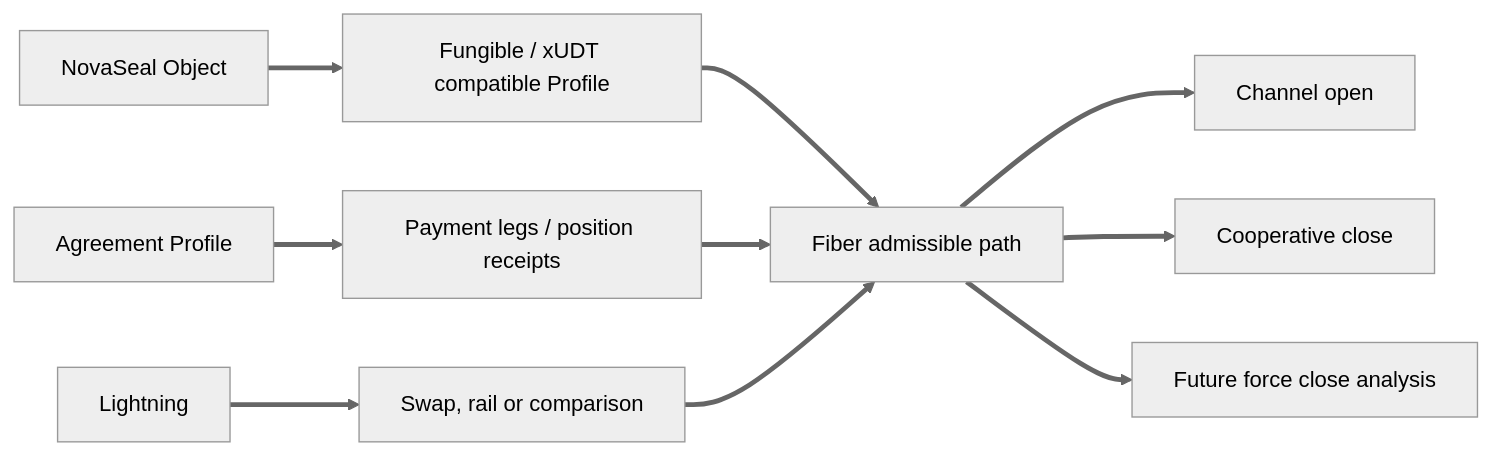
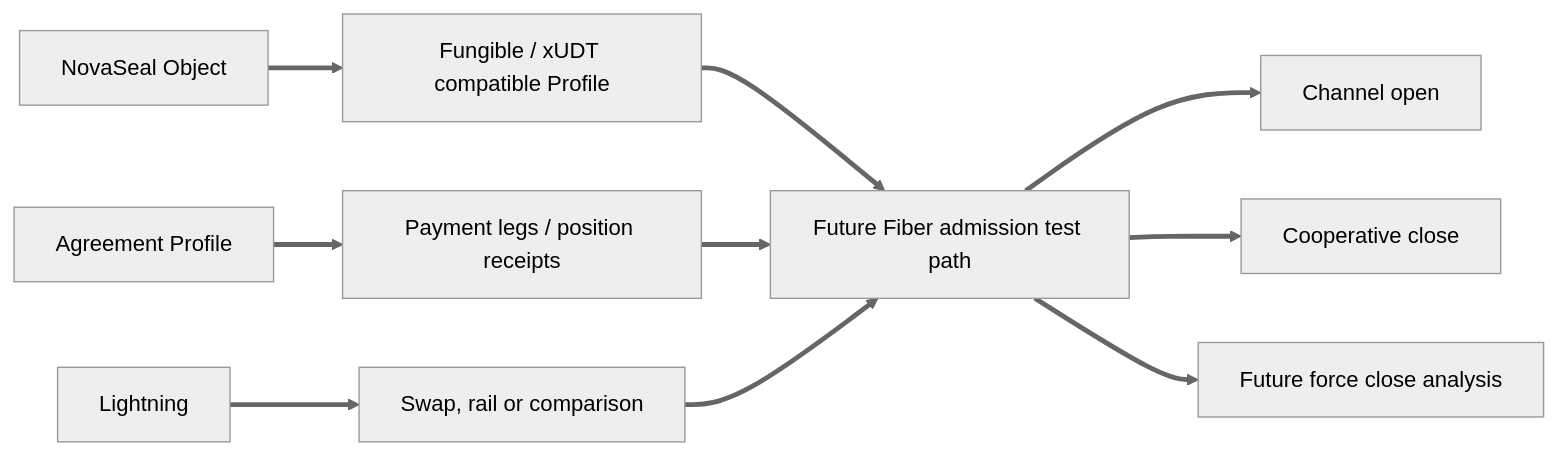
One commit to CellScript-Labs/CellScript changed the fourth of 4 diagrams in proposals/novaseal/v0-mvp-skeleton/NOVASEAL_ARCHITECTURE_EXPLAINED.md. Above: the diagram before and after it, drawn with Mermaid (neutral theme). The commit also changed other lines of this file and 51 other files, not shown here.

````diff
--- a/proposals/novaseal/v0-mvp-skeleton/NOVASEAL_ARCHITECTURE_EXPLAINED.md
+++ b/proposals/novaseal/v0-mvp-skeleton/NOVASEAL_ARCHITECTURE_EXPLAINED.md
@@ -150,14 +175,14 @@
 ```mermaid
 flowchart LR
     A[NovaSeal Object] ==> B[Fungible / xUDT compatible Profile]
-    B ==> C[Fiber admissible path]
+    B ==> C[Future Fiber admission test path]
     C ==> D[Channel open]
     C ==> E[Cooperative close]
     C ==> F[Future force close analysis]
 
     G[Agreement Profile] ==> H[Payment legs / position receipts]
     H ==> C
 
     I[Lightning] ==> J[Swap, rail or comparison]
     J ==> C
 ```
````
